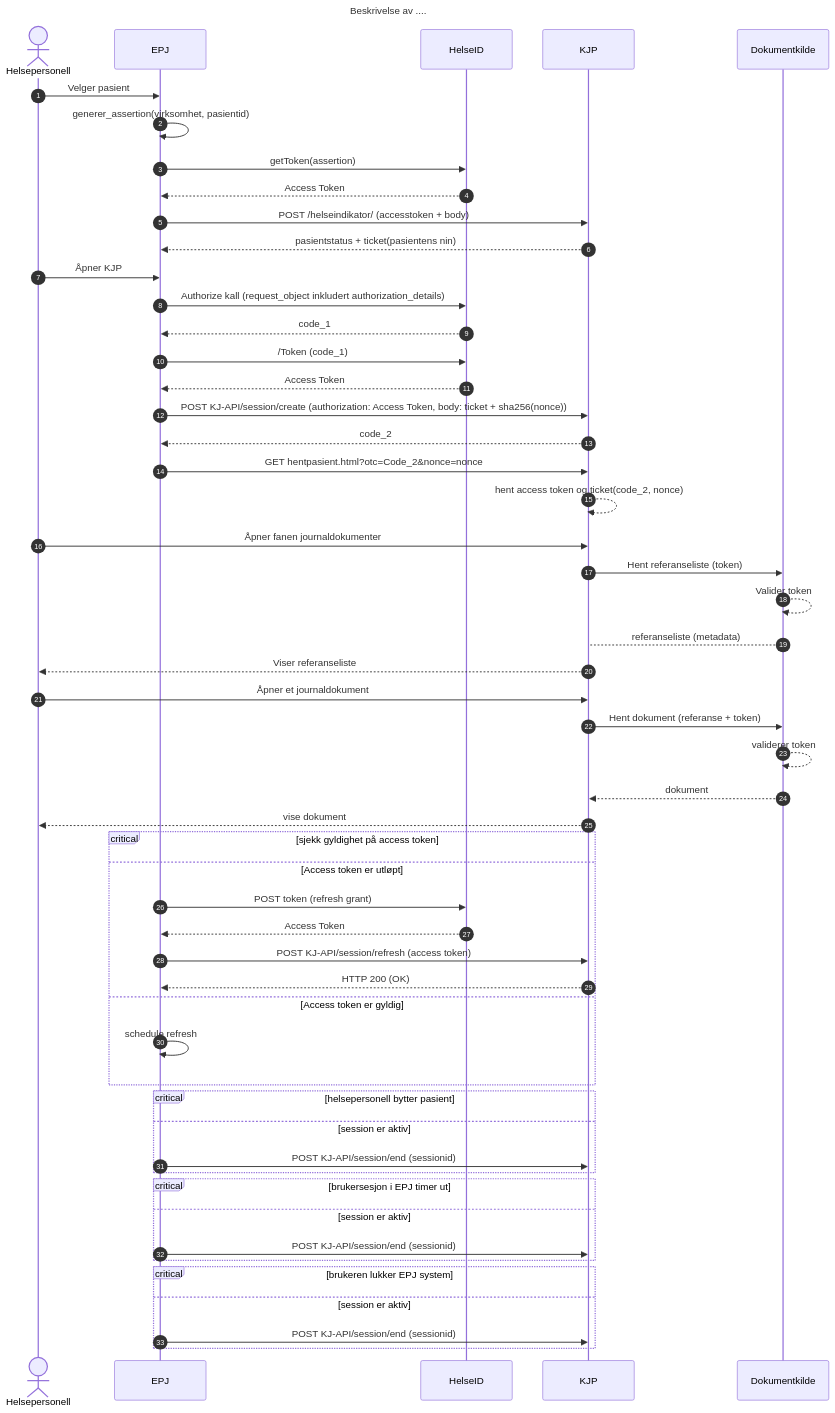
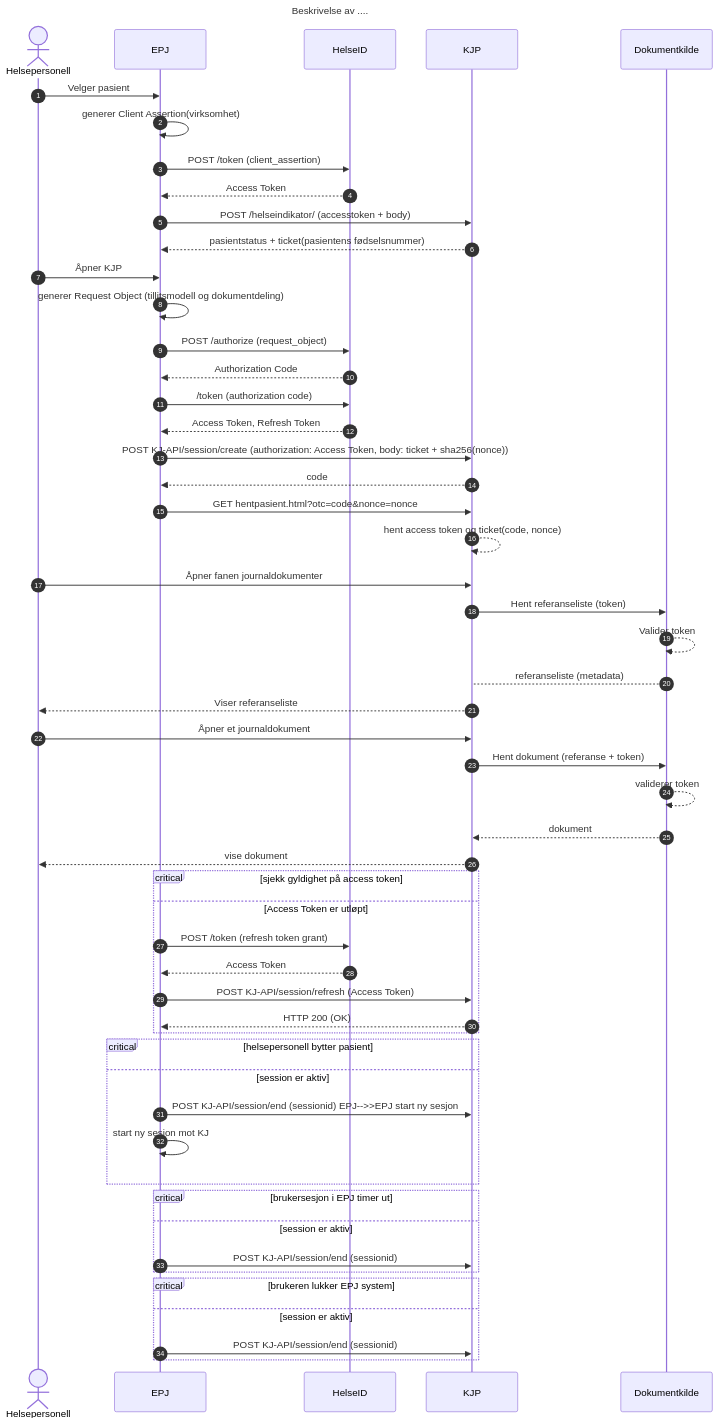
One commit to NorskHelsenett/Tillitsrammeverk changed the diagram in specs/dokumentdeling_overordnet_spec.md. Above: the diagram before and after it, drawn with Mermaid. The commit also changed other lines of this file, not shown here.

Commit message:
Oppdaterte overordnet sekvensdiagram om beskrivelser

`````diff
--- a/specs/dokumentdeling_overordnet_spec.md
+++ b/specs/dokumentdeling_overordnet_spec.md
@@ -50,66 +52,65 @@
 ````mermaid
 sequenceDiagram 
   autonumber
   title Beskrivelse av ....
   actor HP as Helsepersonell
   participant EPJ
   participant HelseID
   participant KJP
   participant Dokumentkilde
 
   HP->>EPJ: Velger pasient
-  EPJ->>EPJ: generer_assertion(virksomhet, pasientid)
-  EPJ->>HelseID: getToken(assertion)
+  EPJ->>EPJ: generer Client Assertion(virksomhet)
+  EPJ->>HelseID: POST /token (client_assertion)
   HelseID-->>EPJ: Access Token
   EPJ->>KJP: POST /helseindikator/ (accesstoken + body)
-  KJP-->>EPJ: pasientstatus + ticket(pasientens nin)
+  KJP-->>EPJ: pasientstatus + ticket(pasientens fødselsnummer)
   HP->>EPJ: Åpner KJP
-  EPJ->>HelseID: Authorize kall (request_object inkludert authorization_details)
-  HelseID-->>EPJ: code_1
-  EPJ->>HelseID: /Token (code_1)
-  HelseID-->>EPJ: Access Token
+  EPJ->>EPJ: generer Request Object (tillitsmodell og dokumentdeling)
+  EPJ->>HelseID: POST /authorize (request_object)
+  HelseID-->>EPJ: Authorization Code
+  EPJ->>HelseID: /token (authorization code)
+  HelseID-->>EPJ: Access Token, Refresh Token
   EPJ->>KJP: POST KJ-API/session/create (authorization: Access Token, body: ticket + sha256(nonce))
-  KJP-->>EPJ: code_2
-  EPJ->>KJP: GET hentpasient.html?otc=Code_2&nonce=nonce
-  KJP-->>KJP: hent access token og ticket(code_2, nonce)
+  KJP-->>EPJ: code
+  EPJ->>KJP: GET hentpasient.html?otc=code&nonce=nonce
+  KJP-->>KJP: hent access token og ticket(code, nonce)
   HP->>KJP: Åpner fanen journaldokumenter
   KJP->>Dokumentkilde: Hent referanseliste (token)
  
   Dokumentkilde-->>Dokumentkilde: Valider token
   Dokumentkilde-->KJP: referanseliste (metadata)
  
   KJP-->>HP: Viser referanseliste
   HP->>KJP: Åpner et journaldokument
   KJP->>Dokumentkilde: Hent dokument (referanse + token)
   Dokumentkilde-->>Dokumentkilde: validerer token
   Dokumentkilde-->>KJP: dokument
   KJP-->>HP: vise dokument
 
   critical sjekk gyldighet på access token
 
-    option Access token er utløpt
-        EPJ->>HelseID: POST token (refresh grant)
+    option Access Token er utløpt
+        EPJ->>HelseID: POST /token (refresh token grant)
         HelseID-->>EPJ: Access Token
-        EPJ->>KJP: POST KJ-API/session/refresh (access token) 
+        EPJ->>KJP: POST KJ-API/session/refresh (Access Token) 
         KJP-->>EPJ: HTTP 200 (OK)
-    
-    option Access token er gyldig
-        EPJ->>EPJ: schedule refresh
   end
 
   critical helsepersonell bytter pasient
   option session er aktiv
-    EPJ->>KJP: POST KJ-API/session/end (sessionid)
+    EPJ->>KJP: POST KJ-API/session/end (sessionid) EPJ-->>EPJ start ny sesjon
+    EPJ->>EPJ: start ny sesjon mot KJ
   end
   
   critical brukersesjon i EPJ timer ut
   option session er aktiv
     EPJ->>KJP: POST KJ-API/session/end (sessionid)
   end
 
   critical brukeren lukker EPJ system
   option session er aktiv
     EPJ->>KJP: POST KJ-API/session/end (sessionid)
 
 end 
 ````
`````
